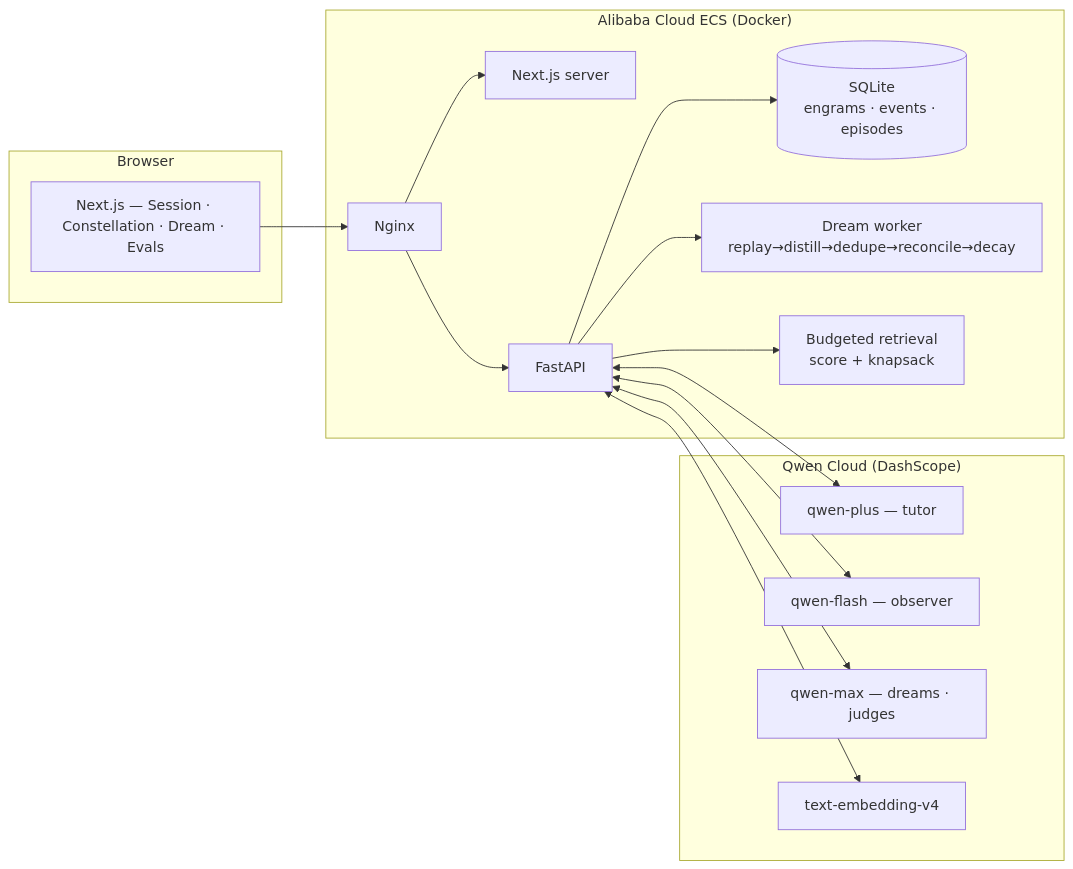
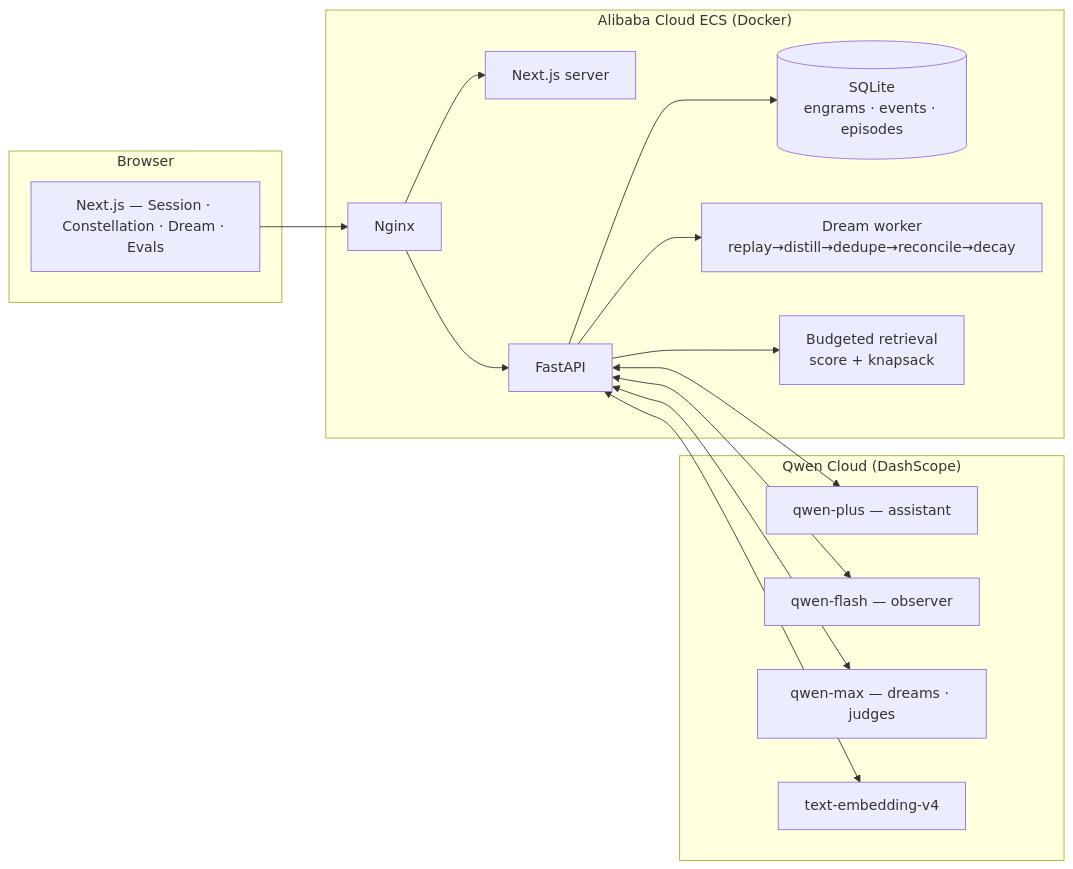
The diagram in docs/ARCHITECTURE.md (anujk22/Reverie), drawn with Mermaid before and after one commit. The commit also changed other lines of this file and 34 other files, not shown here.

````diff
--- a/docs/ARCHITECTURE.md
+++ b/docs/ARCHITECTURE.md
@@ -13,24 +17,24 @@
 ```mermaid
 flowchart LR
   subgraph Browser
     UI[Next.js — Session · Constellation · Dream · Evals]
   end
   subgraph "Alibaba Cloud ECS (Docker)"
     NG[Nginx] --> FE[Next.js server]
     NG --> BE[FastAPI]
     BE --> DB[(SQLite\nengrams · events · episodes)]
     BE --> DW[Dream worker\nreplay→distill→dedupe→reconcile→decay]
     BE --> RET[Budgeted retrieval\nscore + knapsack]
   end
   subgraph "Qwen Cloud (DashScope)"
-    QP[qwen-plus — tutor]
+    QP[qwen-plus — assistant]
     QF[qwen-flash — observer]
     QM[qwen-max — dreams · judges]
     QE[text-embedding-v4]
   end
   BE <--> QP
   BE <--> QF
   BE <--> QM
   BE <--> QE
   UI --> NG
 ```
````
